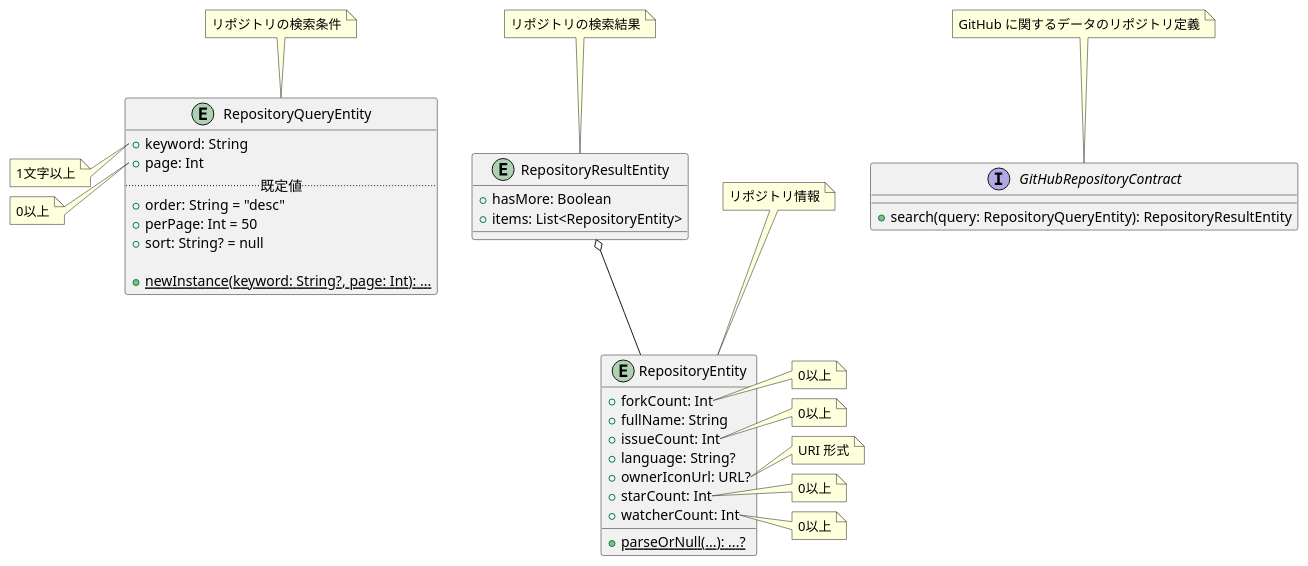
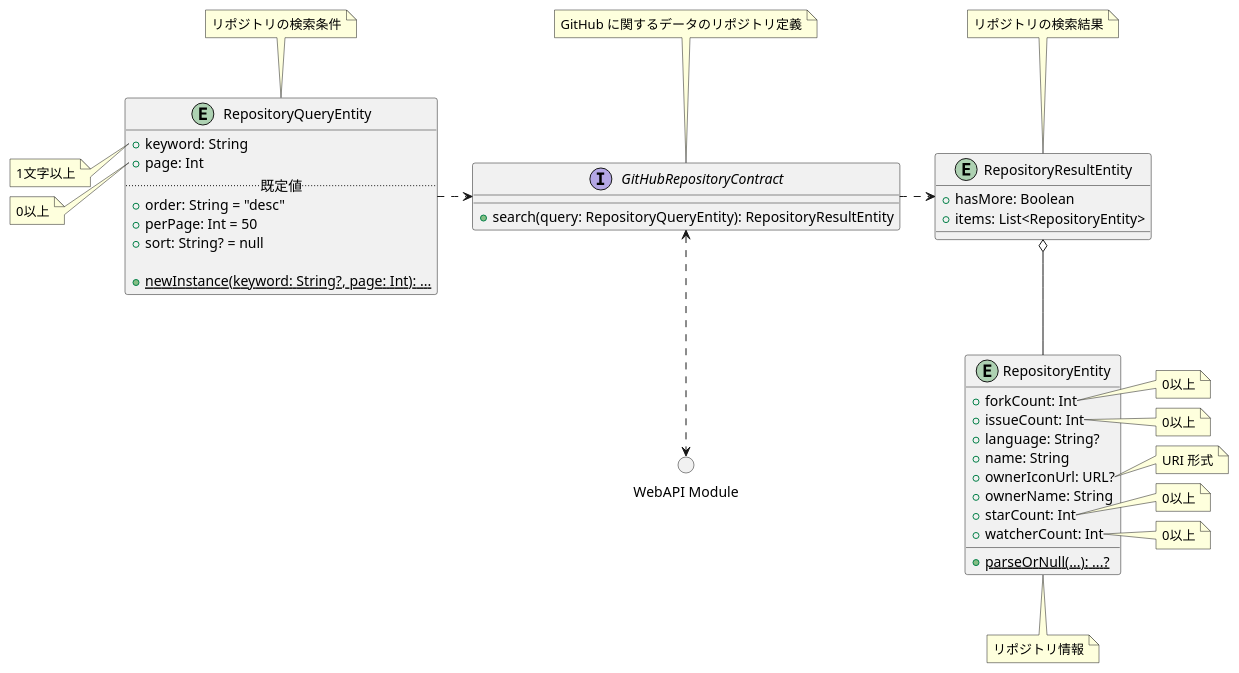
Before and after one commit to tshion/yumemi-inc_android-engineer-codecheck: the diagram in docs/Classes.plantuml, drawn with PlantUML. The commit also changed 3 other files, not shown here.

```diff
--- a/docs/Classes.plantuml
+++ b/docs/Classes.plantuml
@@ -1,66 +1,69 @@
 @startuml
 
-entity RepositoryQueryEntity {
-    +keyword: String
-    +page: Int
-    .. 既定値 ..
-    +order: String = "desc"
-    +perPage: Int = 50
-    +sort: String? = null
-
-    +{static} newInstance(keyword: String?, page: Int): ...
-}
-note left of RepositoryQueryEntity::keyword
-    1文字以上
-end note
-note left of RepositoryQueryEntity::page
-    0以上
-end note
-note top of RepositoryQueryEntity : リポジトリの検索条件
-
-
-
-interface GitHubRepositoryContract {
-    +search(query: RepositoryQueryEntity): RepositoryResultEntity
-}
-note top of GitHubRepositoryContract : GitHub に関するデータのリポジトリ定義
-
-
-
-entity RepositoryResultEntity {
-    + hasMore: Boolean
-    + items: List<RepositoryEntity>
-}
-note top of RepositoryResultEntity : リポジトリの検索結果
+circle "WebAPI Module" as WebAPI
 
 entity RepositoryEntity {
     +forkCount: Int
-    +fullName: String
     +issueCount: Int
     +language: String?
+    +name: String
     +ownerIconUrl: URL?
+    +ownerName: String
     +starCount: Int
     +watcherCount: Int
 
     +{static} parseOrNull(...): ...?
 }
 note right of RepositoryEntity::forkCount
     0以上
 end note
 note right of RepositoryEntity::issueCount
     0以上
 end note
 note right of RepositoryEntity::ownerIconUrl
     URI 形式
 end note
 note right of RepositoryEntity::starCount
     0以上
 end note
 note right of RepositoryEntity::watcherCount
     0以上
 end note
-note top of RepositoryEntity : リポジトリ情報
+note bottom of RepositoryEntity : リポジトリ情報
 
-RepositoryResultEntity o-- RepositoryEntity
+entity RepositoryQueryEntity {
+    +keyword: String
+    +page: Int
+    .. 既定値 ..
+    +order: String = "desc"
+    +perPage: Int = 50
+    +sort: String? = null
+
+    +{static} newInstance(keyword: String?, page: Int): ...
+}
+note left of RepositoryQueryEntity::keyword
+    1文字以上
+end note
+note left of RepositoryQueryEntity::page
+    0以上
+end note
+note top of RepositoryQueryEntity : リポジトリの検索条件
+
+entity RepositoryResultEntity {
+    + hasMore: Boolean
+    + items: List<RepositoryEntity>
+}
+note top of RepositoryResultEntity : リポジトリの検索結果
+
+interface GitHubRepositoryContract {
+    +search(query: RepositoryQueryEntity): RepositoryResultEntity
+}
+note top of GitHubRepositoryContract : GitHub に関するデータのリポジトリ定義
+
+
+RepositoryQueryEntity .right.> GitHubRepositoryContract
+GitHubRepositoryContract <.down.> WebAPI
+GitHubRepositoryContract .right.> RepositoryResultEntity
+RepositoryResultEntity o-down- RepositoryEntity
 
 @enduml
```
